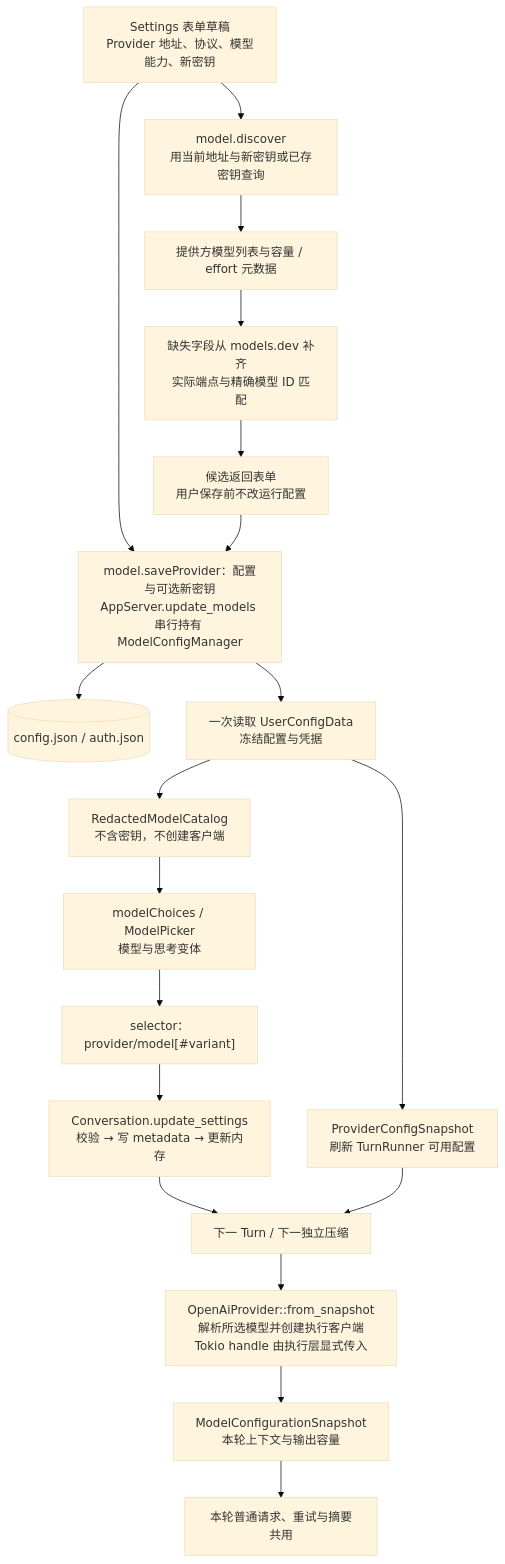
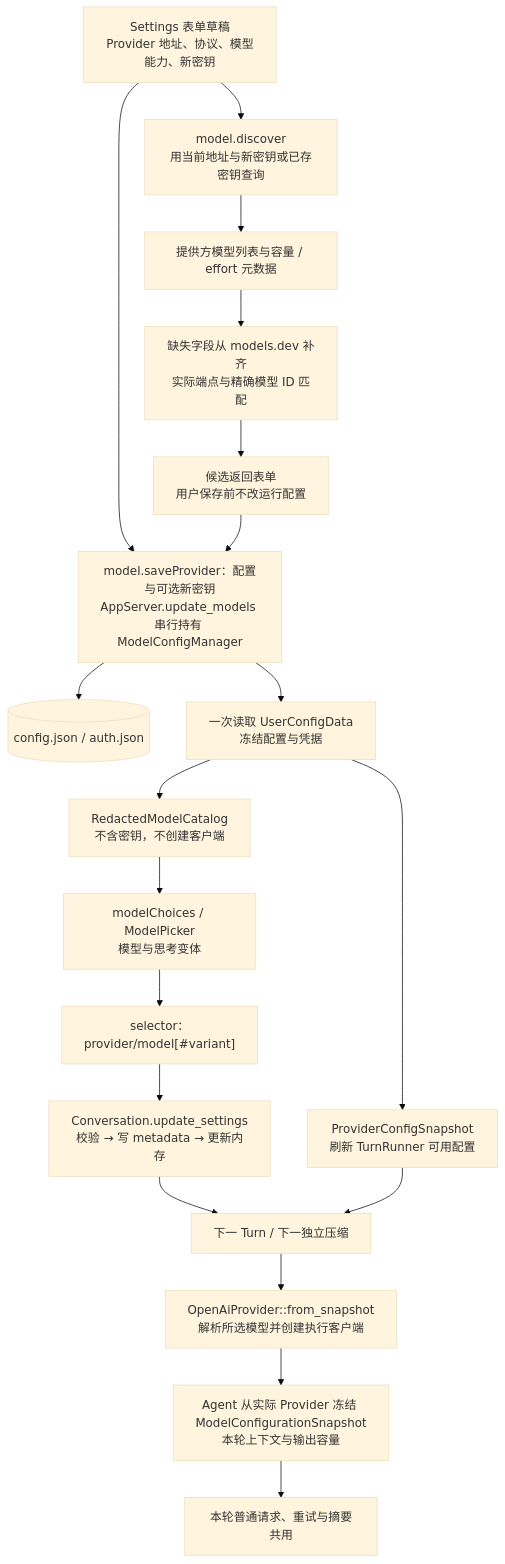
Before and after one commit to qjcnmd/singularity-agent: diagram 18 of 29 in docs/architecture.md, drawn with Mermaid (base theme). The commit also changed other lines of this file and 15 other files, not shown here.

````diff
--- a/docs/architecture.md
+++ b/docs/architecture.md
@@ -497,21 +497,21 @@
 ```mermaid
 flowchart TB
     Form["Settings 表单草稿<br/>Provider 地址、协议、模型能力、新密钥"] --> Discover["model.discover<br/>用当前地址与新密钥或已存密钥查询"]
     Discover --> Remote["提供方模型列表与容量 / effort 元数据"]
     Remote --> Missing["缺失字段从 models.dev 补齐<br/>实际端点与精确模型 ID 匹配"]
     Missing --> Candidates["候选返回表单<br/>用户保存前不改运行配置"]
     Form --> Save["model.saveProvider：配置与可选新密钥<br/>AppServer.update_models 串行持有 ModelConfigManager"]
     Candidates --> Save
     Save --> Disk[("config.json / auth.json")]
     Save --> Parsed["一次读取 UserConfigData<br/>冻结配置与凭据"]
     Parsed --> ProviderSnapshot["ProviderConfigSnapshot<br/>刷新 TurnRunner 可用配置"]
     Parsed --> Catalog["RedactedModelCatalog<br/>不含密钥，不创建客户端"]
     Catalog --> Picker["modelChoices / ModelPicker<br/>模型与思考变体"]
     Picker --> Selector["selector：provider/model[#variant]"]
     Selector --> Settings["Conversation.update_settings<br/>校验 → 写 metadata → 更新内存"]
     Settings --> Next["下一 Turn / 下一独立压缩"]
     ProviderSnapshot --> Next
-    Next --> Factory["OpenAiProvider::from_snapshot<br/>解析所选模型并创建执行客户端<br/>Tokio handle 由执行层显式传入"]
-    Factory --> Frozen["ModelConfigurationSnapshot<br/>本轮上下文与输出容量"]
+    Next --> Factory["OpenAiProvider::from_snapshot<br/>解析所选模型并创建执行客户端"]
+    Factory --> Frozen["Agent 从实际 Provider 冻结 ModelConfigurationSnapshot<br/>本轮上下文与输出容量"]
     Frozen --> Requests["本轮普通请求、重试与摘要共用"]
 ```
````
